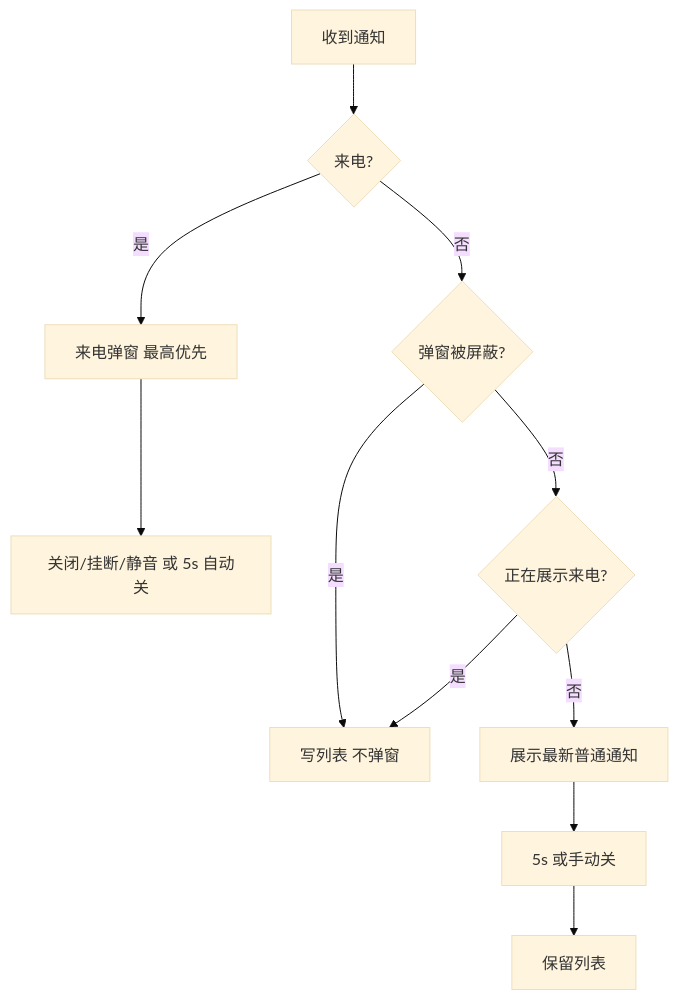
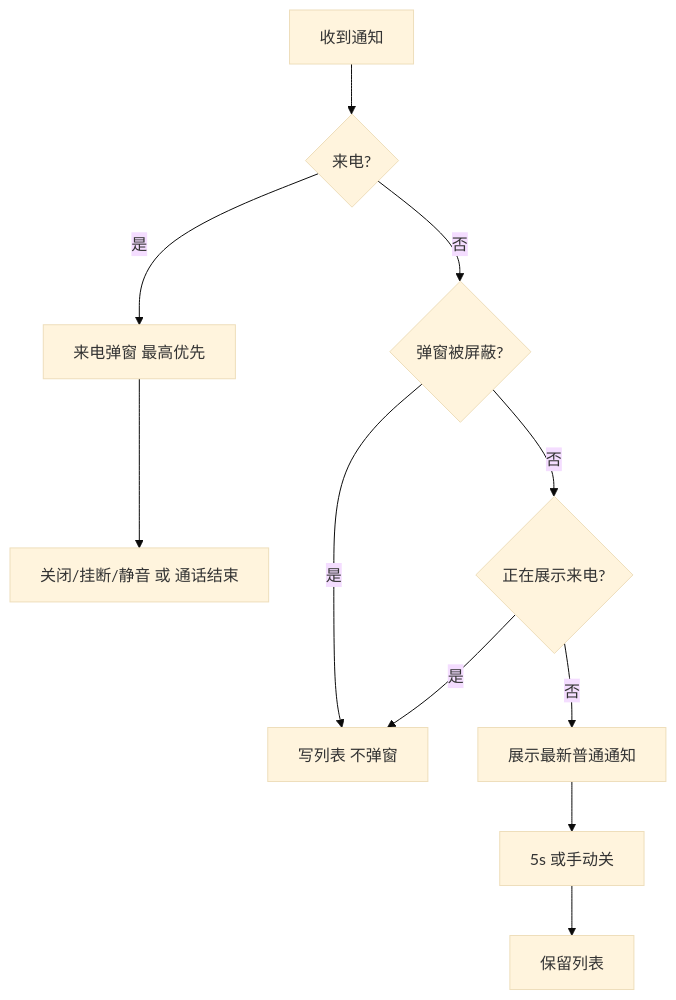
The second of 2 diagrams in output/消息通知/02-PRD.md (jiahao89/MageneFirmwarePlayground), drawn with Mermaid (base theme) before and after one commit. The commit also changed other lines of this file, not shown here.

````diff
--- a/output/消息通知/02-PRD.md
+++ b/output/消息通知/02-PRD.md
@@ -101,10 +103,10 @@
 ```mermaid
 flowchart TD
     A[收到通知] --> B{来电?}
-    B -->|是| C[来电弹窗 最高优先] --> D[关闭/挂断/静音 或 5s 自动关]
+    B -->|是| C[来电弹窗 最高优先] --> D[关闭/挂断/静音 或 通话结束]
     B -->|否| E{弹窗被屏蔽?}
     E -->|是| F[写列表 不弹窗]
     E -->|否| G{正在展示来电?}
     G -->|是| F
     G -->|否| H[展示最新普通通知] --> I[5s 或手动关] --> J[保留列表]
 ```
````
